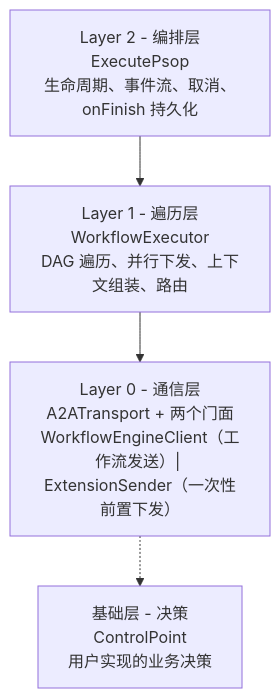
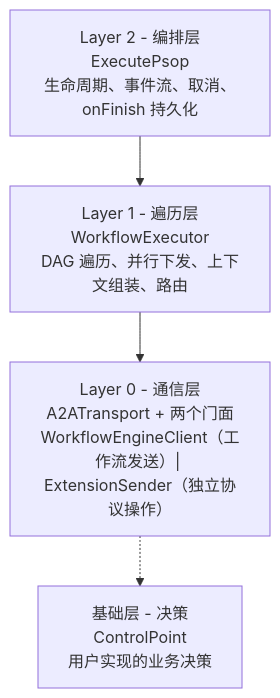
Before and after one commit to Zhoujie628/workflow-engine-sdk-java: the first of 5 diagrams in docs/zh/DESIGN.md, drawn with Mermaid. The commit also changed 7 other files, not shown here.

````diff
--- a/docs/zh/DESIGN.md
+++ b/docs/zh/DESIGN.md
@@ -32,10 +32,10 @@
 ```mermaid
 graph TD
     L2["Layer 2 - 编排层<br/>ExecutePsop<br/>生命周期、事件流、取消、onFinish 持久化"]
     L1["Layer 1 - 遍历层<br/>WorkflowExecutor<br/>DAG 遍历、并行下发、上下文组装、路由"]
-    L0["Layer 0 - 通信层<br/>A2ATransport + 两个门面<br/>WorkflowEngineClient（工作流发送）| ExtensionSender（一次性前置下发）"]
+    L0["Layer 0 - 通信层<br/>A2ATransport + 两个门面<br/>WorkflowEngineClient（工作流发送）| ExtensionSender（独立协议操作）"]
     F["基础层 - 决策<br/>ControlPoint<br/>用户实现的业务决策"]
 
     L2 --> L1 --> L0
     L0 -.-> F
 ```
````
